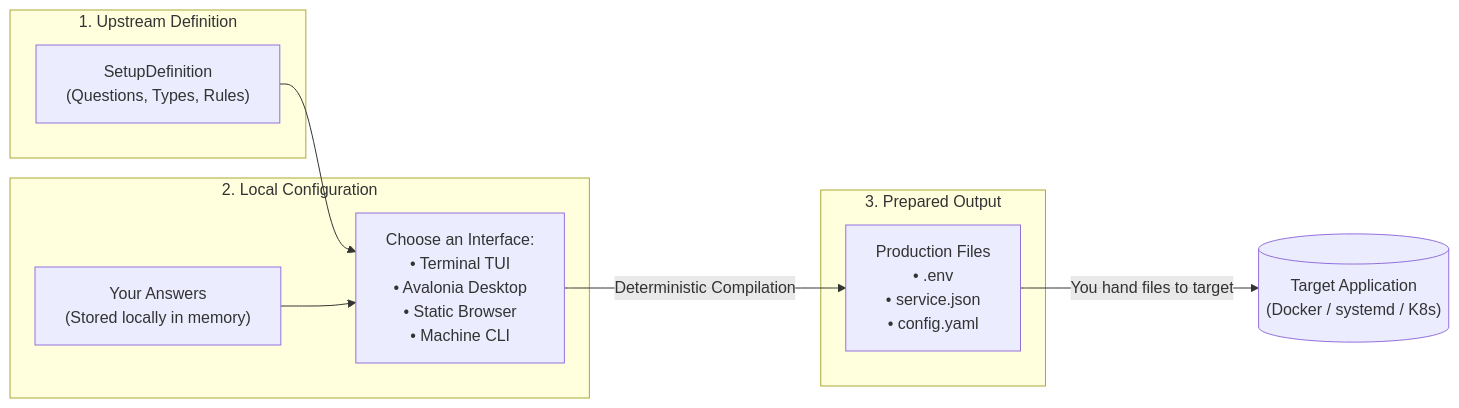
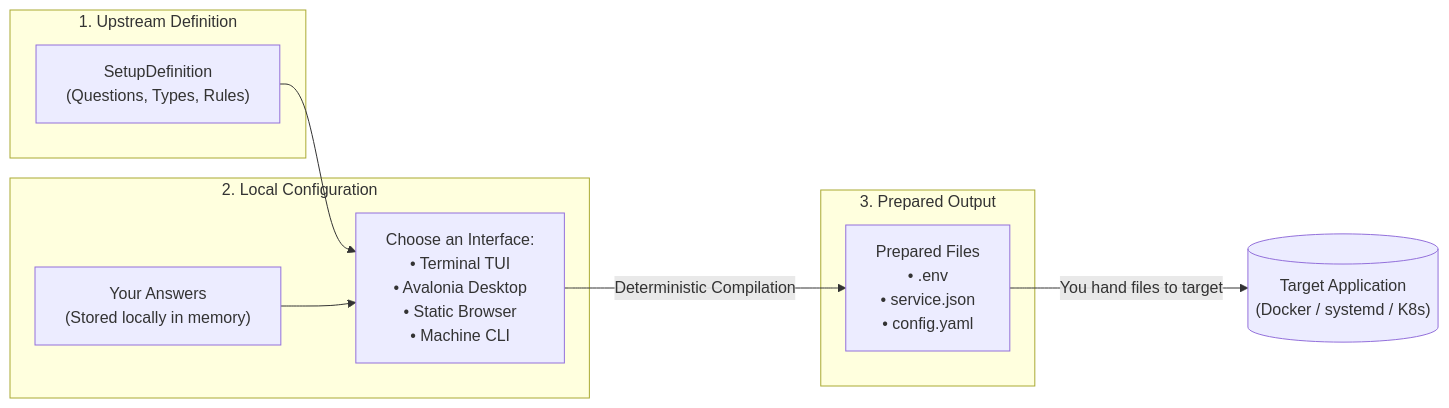
The first of 2 diagrams in docs/public/overview.md (islamu-ngo/Configurator), drawn with Mermaid before and after one commit. The commit also changed other lines of this file and 1 other file, not shown here.

````diff
--- a/docs/public/overview.md
+++ b/docs/public/overview.md
@@ -26,20 +32,20 @@
 ```mermaid
 flowchart LR
     subgraph Step1 ["1. Upstream Definition"]
         DEF["SetupDefinition<br/>(Questions, Types, Rules)"]
     end
 
     subgraph Step2 ["2. Local Configuration"]
         ANS["Your Answers<br/>(Stored locally in memory)"]
         UI["Choose an Interface:<br/>• Terminal TUI<br/>• Avalonia Desktop<br/>• Static Browser<br/>• Machine CLI"]
     end
 
     subgraph Step3 ["3. Prepared Output"]
-        OUT["Production Files<br/>• .env<br/>• service.json<br/>• config.yaml"]
+        OUT["Prepared Files<br/>• .env<br/>• service.json<br/>• config.yaml"]
     end
 
     DEF --> UI
     ANS --> UI
     UI -->|"Deterministic Compilation"| OUT
     OUT -->|"You hand files to target"| APP[("Target Application<br/>(Docker / systemd / K8s)")]
 ```
````
